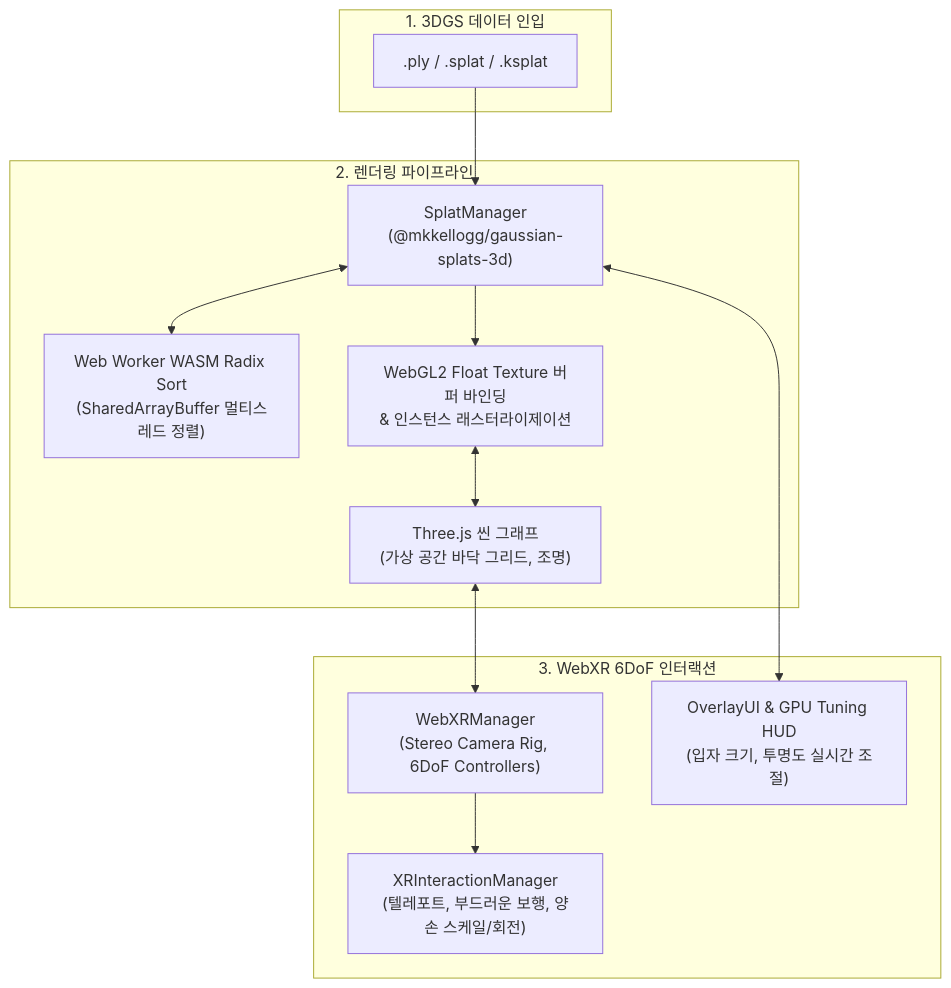
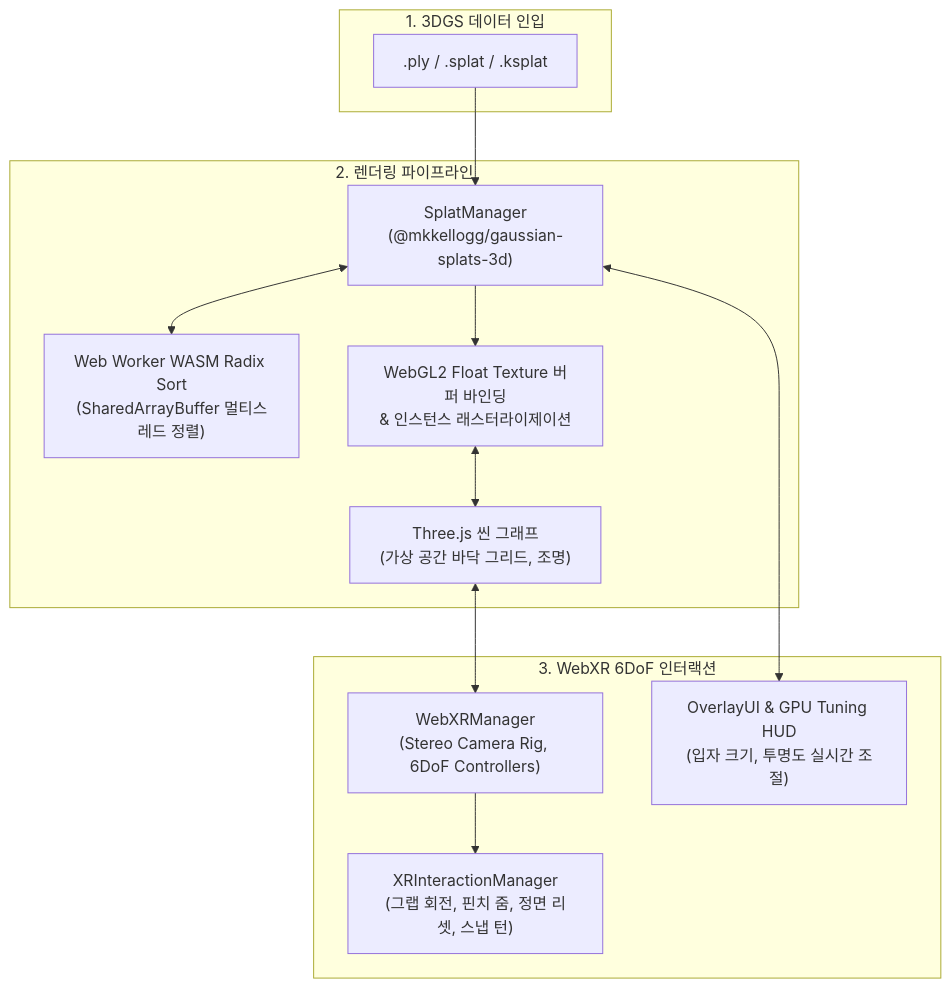
One commit to kimhohyeon0324/WebXR-3DGS-Viewer changed the diagram in README.md. Above: the diagram before and after it, drawn with Mermaid. The commit also changed other lines of this file and 4 other files, not shown here.

````diff
--- a/README.md
+++ b/README.md
@@ -45,27 +45,27 @@
 ```mermaid
 flowchart TB
     subgraph Data["1. 3DGS 데이터 인입"]
         PLY[".ply / .splat / .ksplat"]
     end
 
     subgraph Core["2. 렌더링 파이프라인"]
         SM["SplatManager\n(@mkkellogg/gaussian-splats-3d)"]
         WASM["Web Worker WASM Radix Sort\n(SharedArrayBuffer 멀티스레드 정렬)"]
         GPU["WebGL2 Float Texture 버퍼 바인딩\n& 인스턴스 래스터라이제이션"]
         TScene["Three.js 씬 그래프\n(가상 공간 바닥 그리드, 조명)"]
     end
 
     subgraph Interaction["3. WebXR 6DoF 인터랙션"]
         WXR["WebXRManager\n(Stereo Camera Rig, 6DoF Controllers)"]
-        XRIM["XRInteractionManager\n(텔레포트, 부드러운 보행, 양손 스케일/회전)"]
+        XRIM["XRInteractionManager\n(그랩 회전, 핀치 줌, 정면 리셋, 스냅 턴)"]
         UI["OverlayUI & GPU Tuning HUD\n(입자 크기, 투명도 실시간 조절)"]
     end
 
     PLY --> SM
     SM <--> WASM
     SM --> GPU
     GPU <--> TScene
     TScene <--> WXR
     WXR --> XRIM
     SM <--> UI
 ```
````
